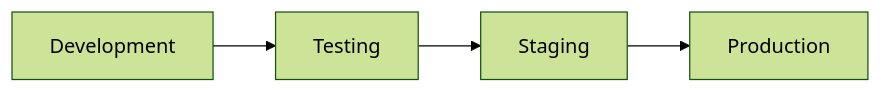
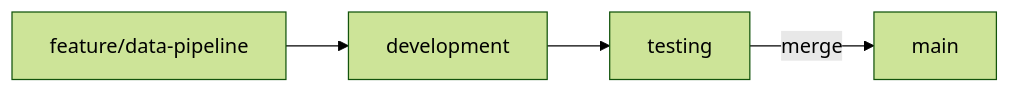
The third of 6 diagrams in lectures/02/git.md (aminah7med/data-engineering-journey), drawn with Mermaid (forest theme) before and after one commit. The commit also changed other lines of this file, not shown here.

````diff
--- a/lectures/02/git.md
+++ b/lectures/02/git.md
@@ -89,6 +329,6 @@
 ```mermaid
 flowchart LR
-    A[Development] --> B[Testing]
-    B --> C[Staging]
-    C --> D[Production]
+    A[feature/data-pipeline] --> B[development]
+    B --> C[testing]
+    C -->|merge| D[main]
 ```
````
